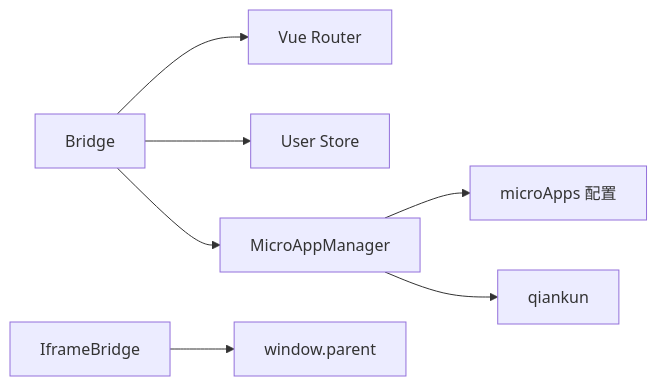
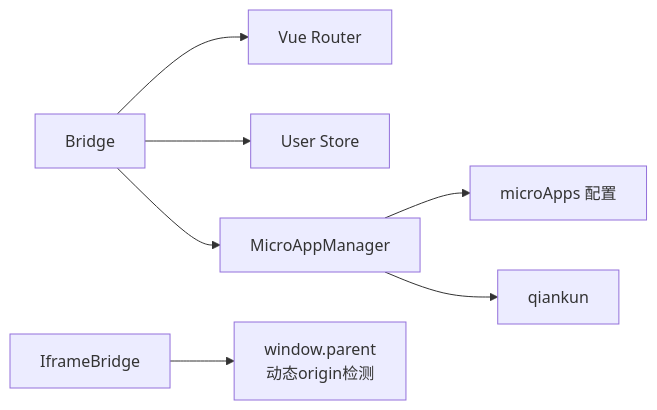
Before and after one commit to my-Sitara/artisan-base-frontend: the eighth of 8 diagrams in .qoder/repowiki/zh/content/架构设计/通信架构.md, drawn with Mermaid. The commit also changed other lines of this file and 35 other files, not shown here.

````diff
--- a/.qoder/repowiki/zh/content/架构设计/通信架构.md
+++ b/.qoder/repowiki/zh/content/架构设计/通信架构.md
@@ -357,9 +395,9 @@
 ```mermaid
 graph LR
 Bridge["Bridge"] --> Router["Vue Router"]
 Bridge --> Store["User Store"]
 Bridge --> Manager["MicroAppManager"]
-IframeBridge["IframeBridge"] --> Parent["window.parent"]
+IframeBridge["IframeBridge"] --> Parent["window.parent<br/>动态origin检测"]
 Manager --> Config["microApps 配置"]
 Manager --> Qiankun["qiankun"]
 ```
````
